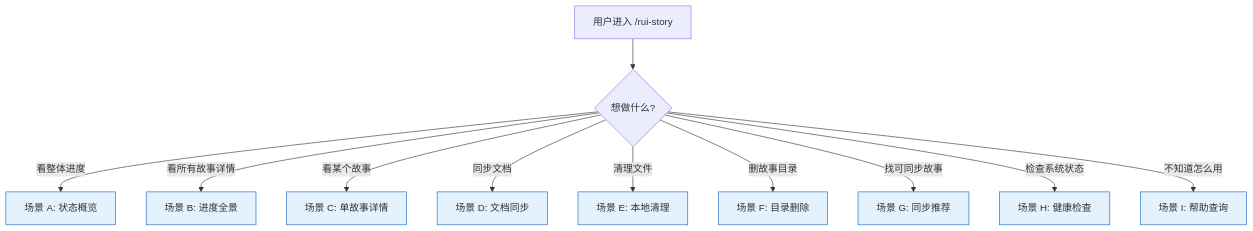
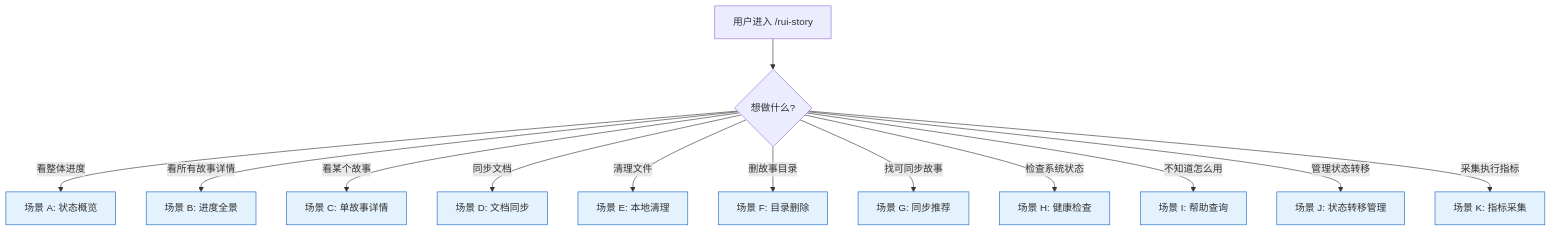
The first of 14 diagrams in docs/故事任务面板/rui-story/YrY-使用场景.md (effiy/YrY), drawn with Mermaid before and after one commit. The commit also changed other lines of this file and 8 other files, not shown here.

````diff
--- a/docs/故事任务面板/rui-story/YrY-使用场景.md
+++ b/docs/故事任务面板/rui-story/YrY-使用场景.md
@@ -30,17 +31,19 @@
 ```mermaid
 flowchart TD
     ENTRY["用户进入 /rui-story"] --> Q1{"想做什么?"}
     Q1 -->|"看整体进度"| S1["场景 A: 状态概览"]
     Q1 -->|"看所有故事详情"| S2["场景 B: 进度全景"]
     Q1 -->|"看某个故事"| S3["场景 C: 单故事详情"]
     Q1 -->|"同步文档"| S4["场景 D: 文档同步"]
     Q1 -->|"清理文件"| S5["场景 E: 本地清理"]
     Q1 -->|"删故事目录"| S6["场景 F: 目录删除"]
     Q1 -->|"找可同步故事"| S7["场景 G: 同步推荐"]
     Q1 -->|"检查系统状态"| S8["场景 H: 健康检查"]
     Q1 -->|"不知道怎么用"| S9["场景 I: 帮助查询"]
+    Q1 -->|"管理状态转移"| S10["场景 J: 状态转移管理"]
+    Q1 -->|"采集执行指标"| S11["场景 K: 指标采集"]
 
     classDef entry fill:#fff3e0,stroke:#e65100;
     classDef scene fill:#e3f2fd,stroke:#1565c0;
-    class S1,S2,S3,S4,S5,S6,S7,S8,S9 scene;
+    class S1,S2,S3,S4,S5,S6,S7,S8,S9,S10,S11 scene;
 ```
````
